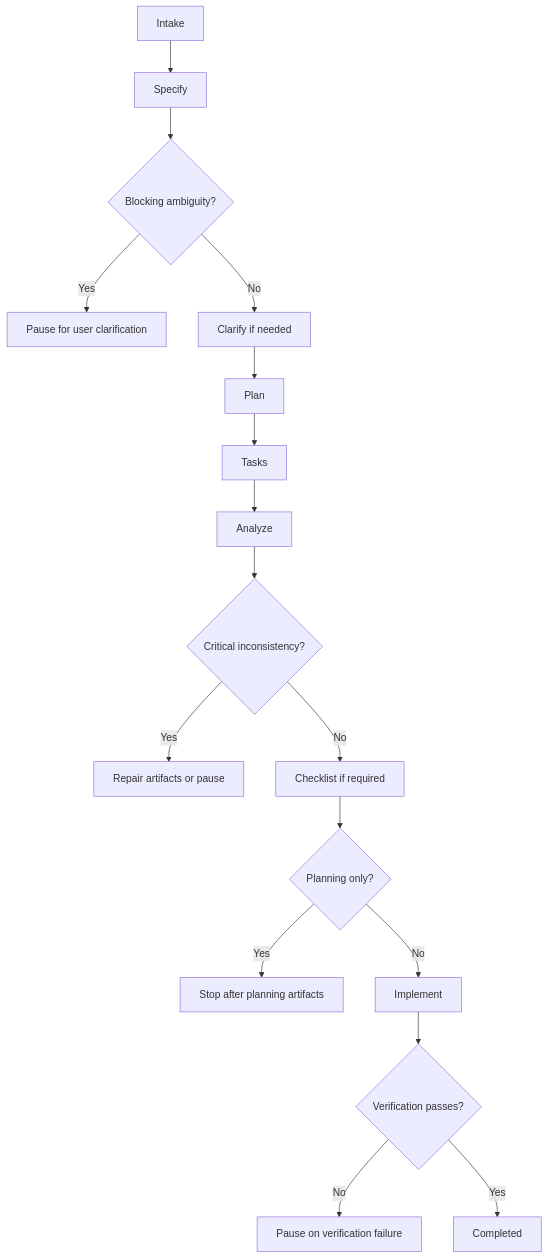
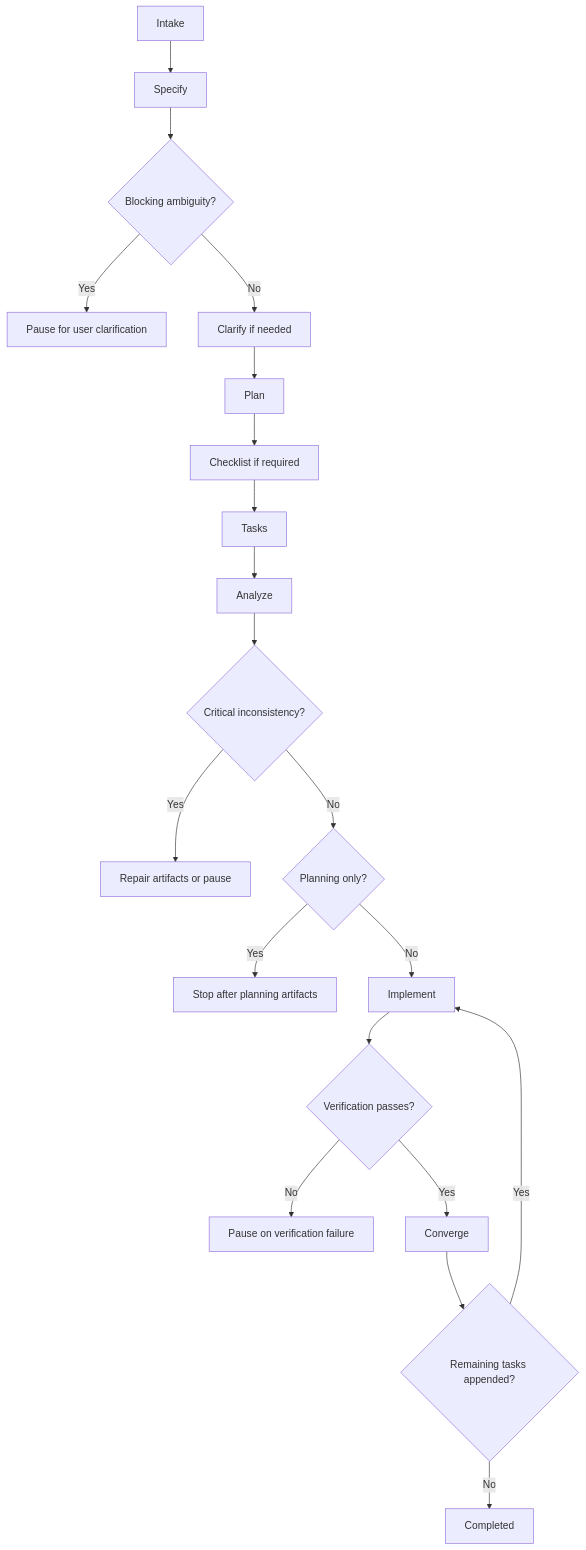
The first of 2 diagrams in README.md (TechZi/speckit-pipeline), drawn with Mermaid before and after one commit. The commit also changed other lines of this file and 14 other files, not shown here.

````diff
--- a/README.md
+++ b/README.md
@@ -107,19 +108,22 @@
 ```mermaid
 flowchart TD
     A[Intake] --> B[Specify]
     B --> C{Blocking ambiguity?}
     C -- Yes --> C1[Pause for user clarification]
     C -- No --> D[Clarify if needed]
     D --> E[Plan]
-    E --> F[Tasks]
-    F --> G[Analyze]
-    G --> H{Critical inconsistency?}
-    H -- Yes --> H1[Repair artifacts or pause]
-    H -- No --> I[Checklist if required]
-    I --> J{Planning only?}
+    E --> F[Checklist if required]
+    F --> G[Tasks]
+    G --> H[Analyze]
+    H --> I{Critical inconsistency?}
+    I -- Yes --> I1[Repair artifacts or pause]
+    I -- No --> J{Planning only?}
     J -- Yes --> J1[Stop after planning artifacts]
     J -- No --> K[Implement]
     K --> L{Verification passes?}
     L -- No --> L1[Pause on verification failure]
-    L -- Yes --> M[Completed]
+    L -- Yes --> M[Converge]
+    M --> N{Remaining tasks appended?}
+    N -- Yes --> K
+    N -- No --> O[Completed]
 ```
````
